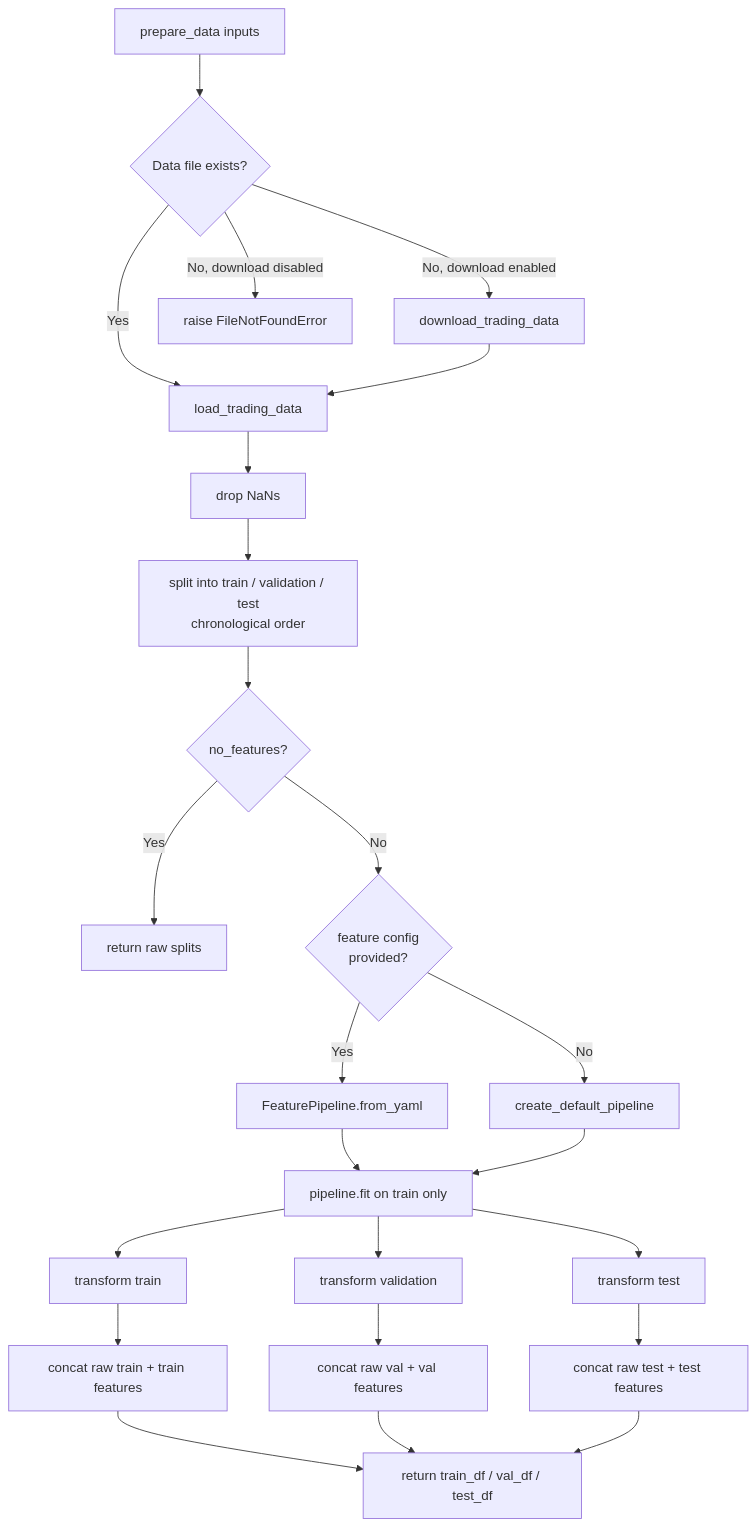
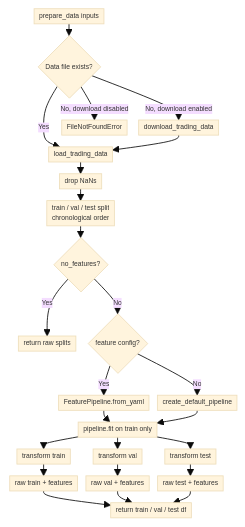
One commit to kwojdalski/masters_thesis changed the fifth of 5 diagrams in thesis/qmd/src/99-appendix.qmd. Above: the diagram before and after it, drawn with Mermaid. The commit also changed other lines of this file, not shown here.

Commit message:
Resize all three new diagrams: taxonomy +40%, architecture wider, pipeline smaller
- RL taxonomy: fig-width 4->5.6, fig-height 5->7
- TD3 architecture: fig-width 3.5->5 (wider), fix '+' node label causing markdown list error
- Data pipeline: fig-width 3.5, fig-height 5, condensed labels, 8px font

````diff
--- a/thesis/qmd/src/99-appendix.qmd
+++ b/thesis/qmd/src/99-appendix.qmd
@@ -353,27 +353,30 @@
 ```{mermaid}
 %%| fig-align: center
+%%| fig-width: 3.5
+%%| fig-height: 5
+%%{init: {'theme': 'base', 'themeVariables': {'fontSize': '8px'}, 'flowchart': {'nodeSpacing': 10, 'rankSpacing': 14, 'padding': 3, 'useMaxWidth': true}}}%%
 flowchart TD
     A[prepare_data inputs] --> B{Data file exists?}
     B -- No, download enabled --> C[download_trading_data]
-    B -- No, download disabled --> D[raise FileNotFoundError]
+    B -- No, download disabled --> D[FileNotFoundError]
     B -- Yes --> E[load_trading_data]
     C --> E
     E --> F[drop NaNs]
-    F --> G[split into train / validation / test\nchronological order]
+    F --> G[train / val / test split<br/>chronological order]
     G --> H{no_features?}
     H -- Yes --> I[return raw splits]
-    H -- No --> J{feature config\nprovided?}
+    H -- No --> J{feature config?}
     J -- Yes --> K[FeaturePipeline.from_yaml]
     J -- No --> L[create_default_pipeline]
     K --> M[pipeline.fit on train only]
     L --> M
     M --> N[transform train]
-    M --> O[transform validation]
+    M --> O[transform val]
     M --> P[transform test]
-    N --> Q[concat raw train + train features]
-    O --> R[concat raw val + val features]
-    P --> S[concat raw test + test features]
-    Q --> T[return train_df / val_df / test_df]
+    N --> Q[raw train + features]
+    O --> R[raw val + features]
+    P --> S[raw test + features]
+    Q --> T[return train / val / test df]
     R --> T
     S --> T
 ```
````
